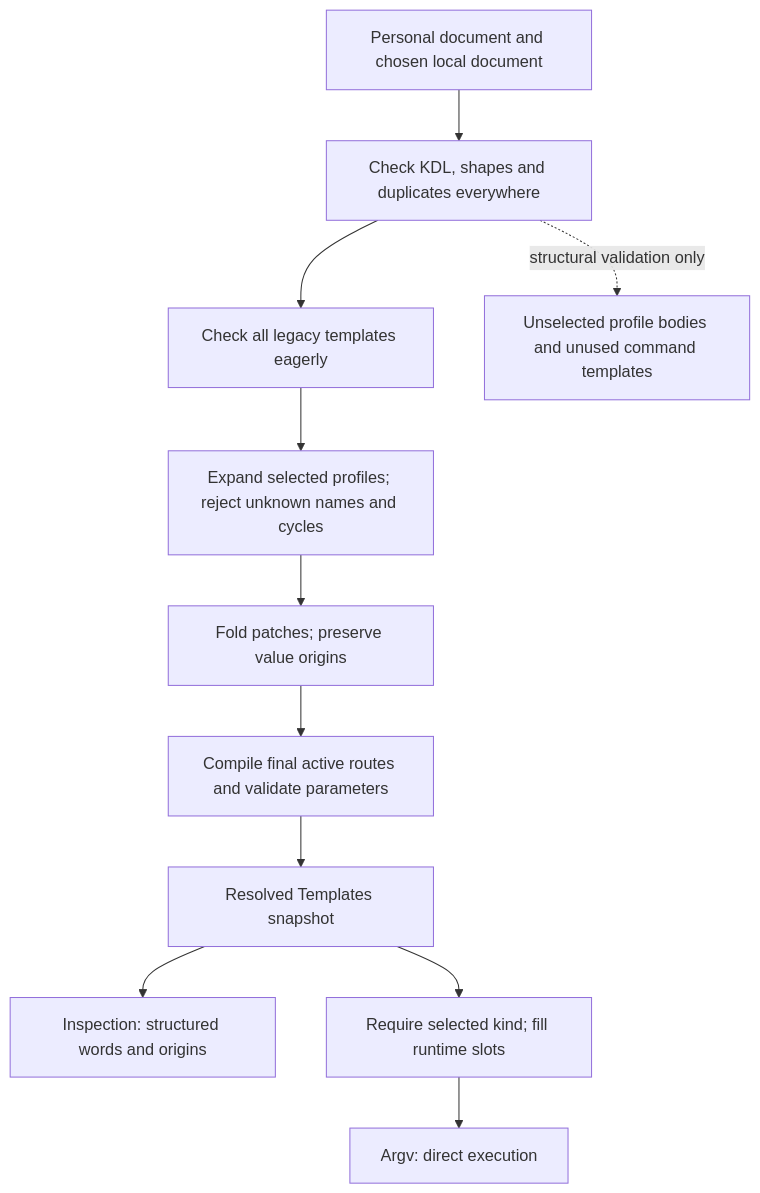
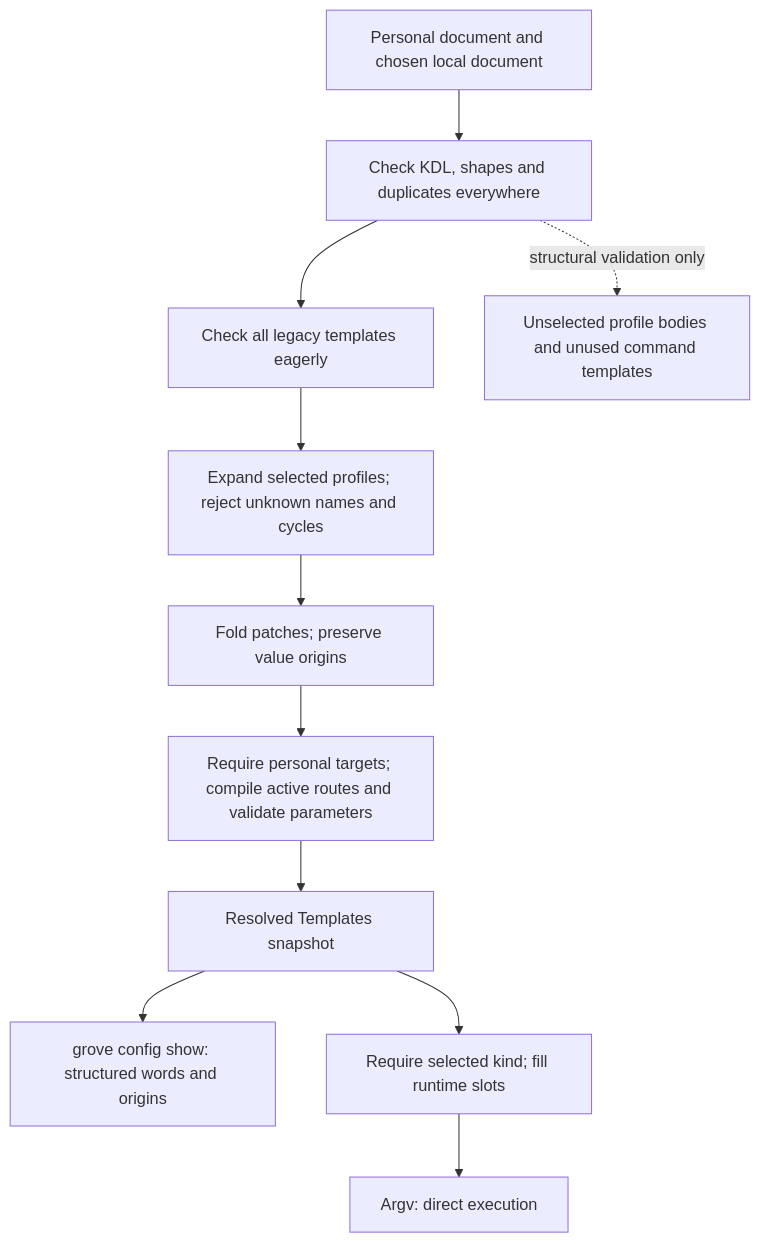
The diagram in docs/design/modular-configuration/validation.mmd (Linkuistics/grove), drawn with Mermaid before and after one commit. The commit also changed 11 other files, not shown here.

```diff
--- a/docs/design/modular-configuration/validation.mmd
+++ b/docs/design/modular-configuration/validation.mmd
@@ -1,16 +1,16 @@
 flowchart TD
     D[Personal document and chosen local document]
     S[Check KDL, shapes and duplicates everywhere]
     L[Check all legacy templates eagerly]
     P[Expand selected profiles; reject unknown names and cycles]
     F[Fold patches; preserve value origins]
-    C[Compile final active routes and validate parameters]
+    C[Require personal targets; compile active routes and validate parameters]
     T[Resolved Templates snapshot]
-    I[Inspection: structured words and origins]
+    I[grove config show: structured words and origins]
     R[Require selected kind; fill runtime slots]
     A[Argv: direct execution]
     D --> S --> L --> P --> F --> C --> T
     T --> I
     T --> R --> A
     X[Unselected profile bodies and unused command templates]
     S -. structural validation only .-> X
```
